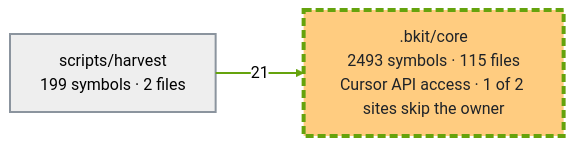
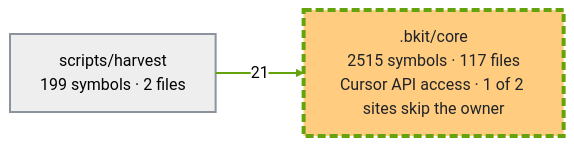
Before and after one commit to cbartens/bkit: the second of 3 diagrams in docs/capabilities.md, drawn with Mermaid (neutral theme). The commit also changed other lines of this file and 13 other files, not shown here.

````diff
--- a/docs/capabilities.md
+++ b/docs/capabilities.md
@@ -169,16 +169,16 @@
 ```mermaid
 ---
 config:
   layout: elk
   flowchart:
     useMaxWidth: false
 ---
 flowchart LR
-  %% Generated by bkit-graphify-rollup.py from f768ce0370e58c77210f3638467992bd9acba296 — do not edit
-  n_bkit_core[".bkit/core<br/>2493 symbols · 115 files<br/>Cursor API access · 1 of 2 sites skip the owner"]
+  %% Generated by bkit-graphify-rollup.py from b9fbf93103cc8a27befda84a5a7ab20a0c69ef99 — do not edit
+  n_bkit_core[".bkit/core<br/>2515 symbols · 117 files<br/>Cursor API access · 1 of 2 sites skip the owner"]
   nscripts_harvest["scripts/harvest<br/>199 symbols · 2 files"]
   nscripts_harvest -->|21| n_bkit_core
   style n_bkit_core stroke:#65a30d,stroke-width:4px,stroke-dasharray:8 4,fill:#ffcc80,color:#1f2328
   style nscripts_harvest stroke:#8b949e,stroke-width:2px
   linkStyle 0 stroke:#65a30d,stroke-width:2px
 ```
````
